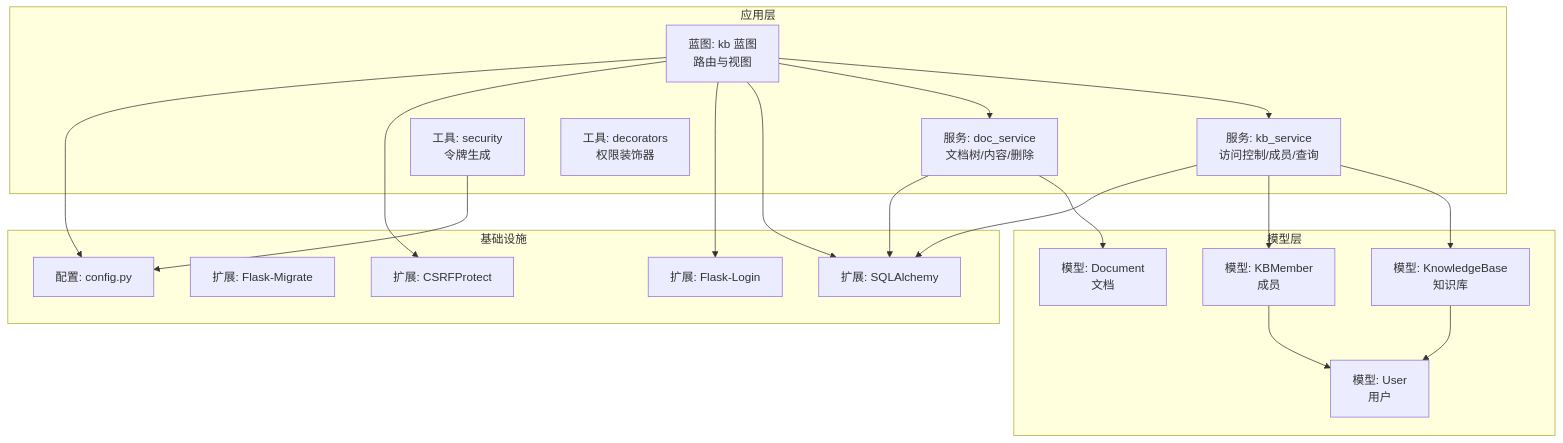
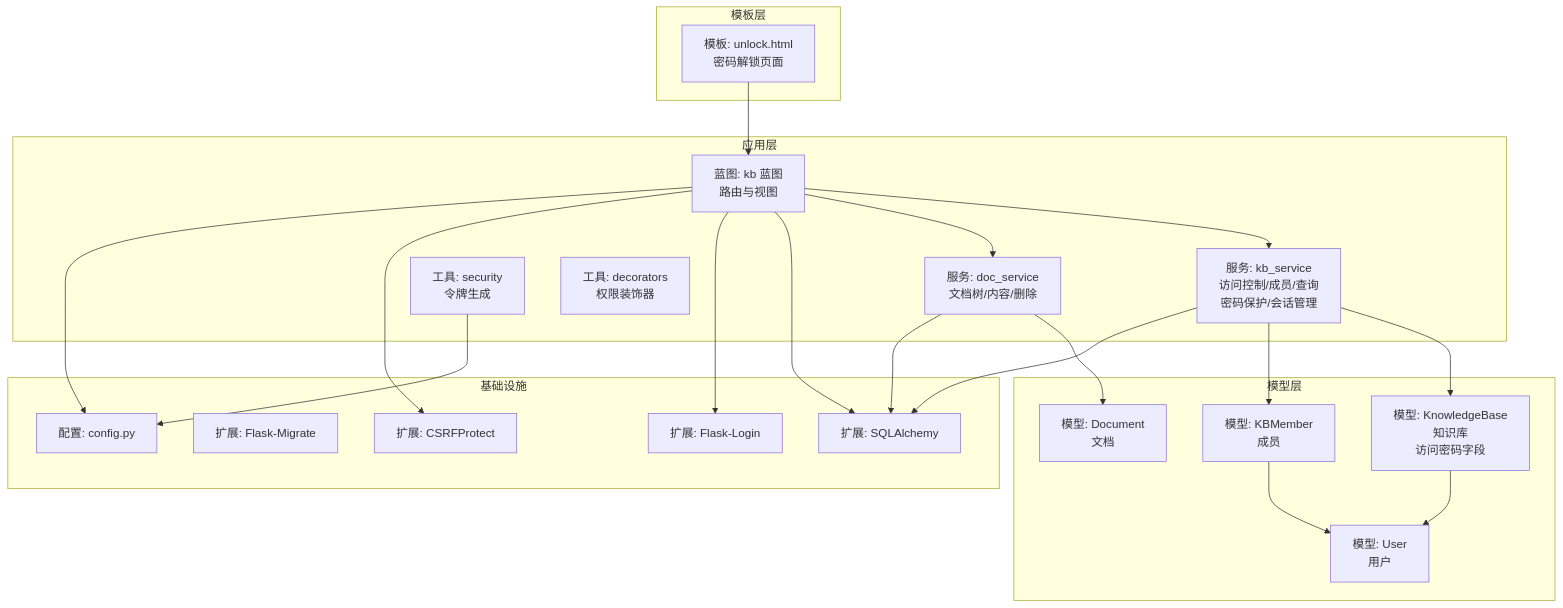
One commit to beyondalbert/my_wiki changed the first of 8 diagrams in .qoder/repowiki/zh/content/架构设计/蓝图系统设计/知识库蓝图 (Knowledge Base Blueprint).md. Above: the diagram before and after it, drawn with Mermaid. The commit also changed other lines of this file and 4 other files, not shown here.

````diff
--- a/.qoder/repowiki/zh/content/架构设计/蓝图系统设计/知识库蓝图 (Knowledge Base Blueprint).md
+++ b/.qoder/repowiki/zh/content/架构设计/蓝图系统设计/知识库蓝图 (Knowledge Base Blueprint).md
@@ -41,37 +48,41 @@
 ```mermaid
 graph TB
 subgraph "应用层"
 BP["蓝图: kb 蓝图<br/>路由与视图"]
-SVC_KB["服务: kb_service<br/>访问控制/成员/查询"]
+SVC_KB["服务: kb_service<br/>访问控制/成员/查询<br/>密码保护/会话管理"]
 SVC_DOC["服务: doc_service<br/>文档树/内容/删除"]
 UTIL_SEC["工具: security<br/>令牌生成"]
 UTIL_DEC["工具: decorators<br/>权限装饰器"]
 end
 subgraph "模型层"
-M_KB["模型: KnowledgeBase<br/>知识库"]
+M_KB["模型: KnowledgeBase<br/>知识库<br/>访问密码字段"]
 M_KBM["模型: KBMember<br/>成员"]
 M_DOC["模型: Document<br/>文档"]
 M_USER["模型: User<br/>用户"]
 end
 subgraph "基础设施"
 EXT_DB["扩展: SQLAlchemy"]
 EXT_MIG["扩展: Flask-Migrate"]
 EXT_LOGIN["扩展: Flask-Login"]
 EXT_CSRF["扩展: CSRFProtect"]
 CFG["配置: config.py"]
+end
+subgraph "模板层"
+TPL_UNLOCK["模板: unlock.html<br/>密码解锁页面"]
 end
 BP --> SVC_KB
 BP --> SVC_DOC
 SVC_KB --> M_KB
 SVC_KB --> M_KBM
 SVC_DOC --> M_DOC
 M_KB --> M_USER
 M_KBM --> M_USER
 BP --> EXT_DB
 SVC_KB --> EXT_DB
 SVC_DOC --> EXT_DB
 BP --> EXT_LOGIN
 BP --> EXT_CSRF
 BP --> CFG
 UTIL_SEC --> CFG
+TPL_UNLOCK --> BP
 ```
````
